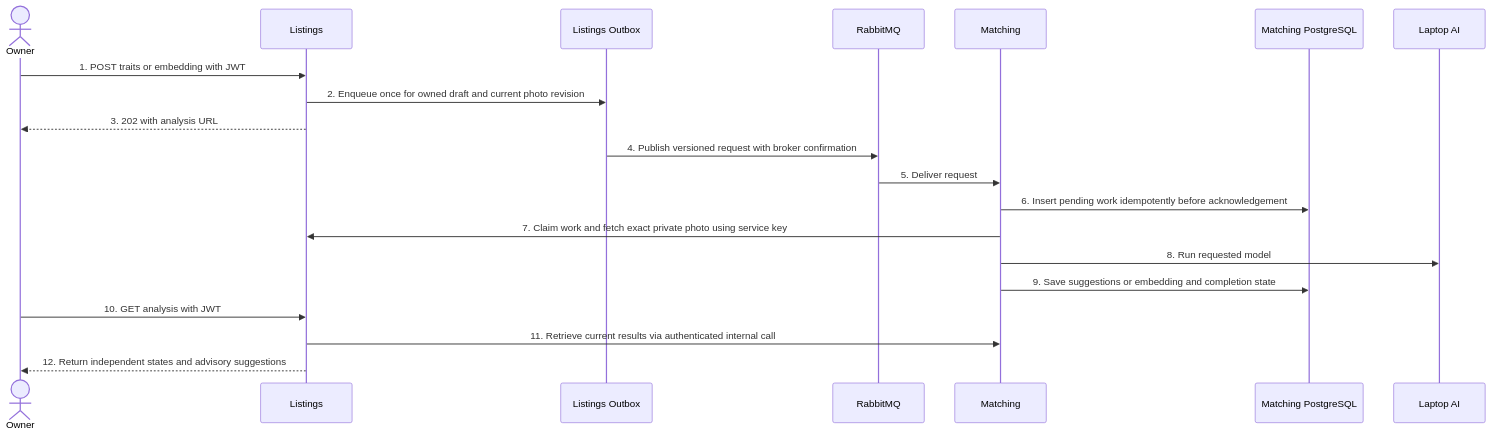
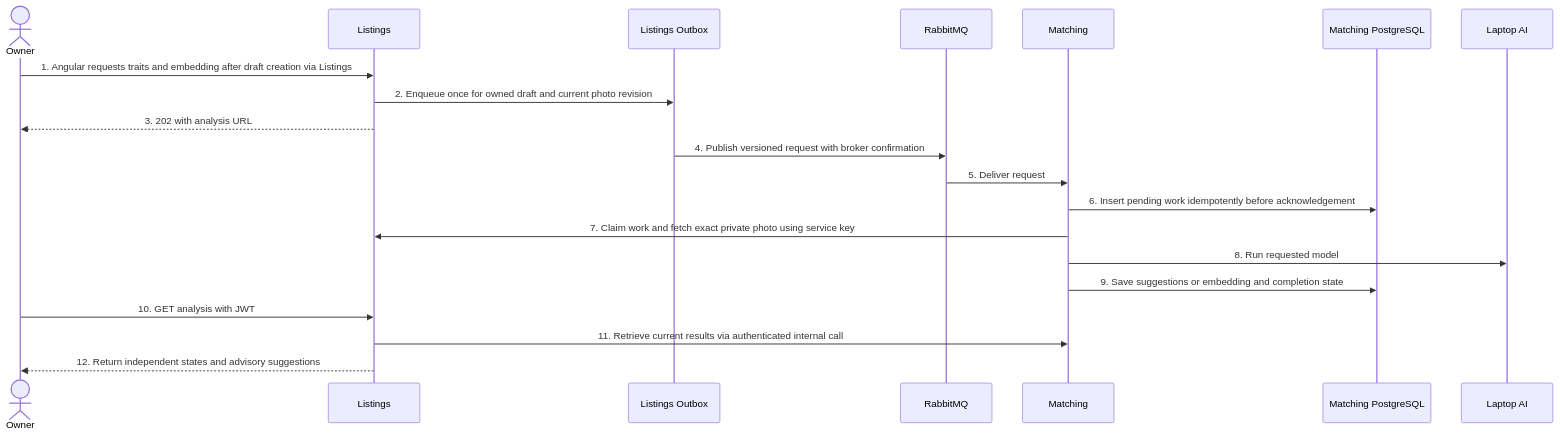
The first of 5 diagrams in src/Services/Matching/COMMUNICATION.md (bogdan-spilevoi/ASET-master-year-1), drawn with Mermaid before and after one commit. The commit also changed other lines of this file and 135 other files, not shown here.

````diff
--- a/src/Services/Matching/COMMUNICATION.md
+++ b/src/Services/Matching/COMMUNICATION.md
@@ -12,22 +12,22 @@
 ```mermaid
 sequenceDiagram
     actor Owner
     participant L as Listings
     participant O as Listings Outbox
     participant R as RabbitMQ
     participant M as Matching
     participant DB as Matching PostgreSQL
     participant AI as Laptop AI
-    Owner->>L: 1. POST traits or embedding with JWT
+    Owner->>L: 1. Angular requests traits and embedding after draft creation via Listings
     L->>O: 2. Enqueue once for owned draft and current photo revision
     L-->>Owner: 3. 202 with analysis URL
     O->>R: 4. Publish versioned request with broker confirmation
     R->>M: 5. Deliver request
     M->>DB: 6. Insert pending work idempotently before acknowledgement
     M->>L: 7. Claim work and fetch exact private photo using service key
     M->>AI: 8. Run requested model
     M->>DB: 9. Save suggestions or embedding and completion state
     Owner->>L: 10. GET analysis with JWT
     L->>M: 11. Retrieve current results via authenticated internal call
     L-->>Owner: 12. Return independent states and advisory suggestions
 ```
````
